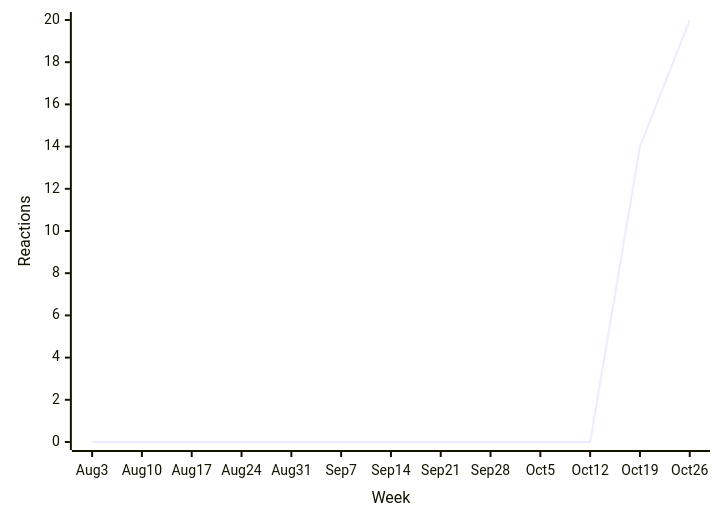
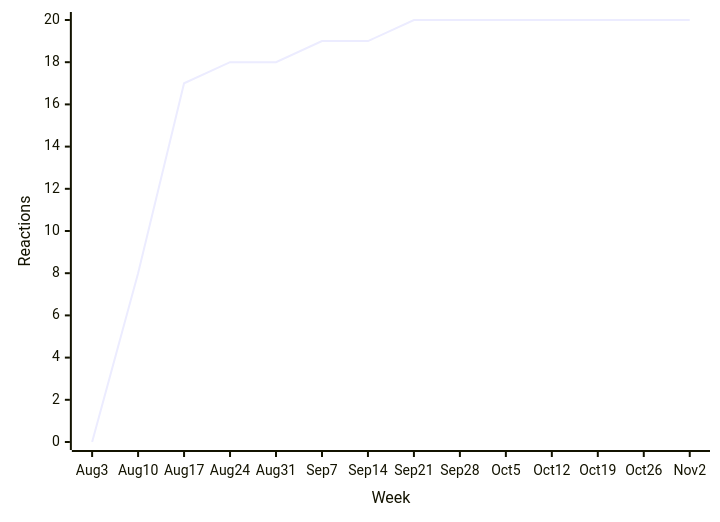
One commit to loic-sharma/github-insights changed the seventh of 38 diagrams in README.md. Above: the diagram before and after it, drawn with Mermaid. The commit also changed other lines of this file and 3 other files, not shown here.

````diff
--- a/README.md
+++ b/README.md
@@ -426,6 +426,6 @@
   ```mermaid
   xychart-beta
-    x-axis "Week" [Aug 3, Aug 10, Aug 17, Aug 24, Aug 31, Sep 7, Sep 14, Sep 21, Sep 28, Oct 5, Oct 12, Oct 19, Oct 26]
+    x-axis "Week" [Aug 3, Aug 10, Aug 17, Aug 24, Aug 31, Sep 7, Sep 14, Sep 21, Sep 28, Oct 5, Oct 12, Oct 19, Oct 26, Nov 2]
     y-axis "Reactions" 0 --> 20
-    line [0, 0, 0, 0, 0, 0, 0, 0, 0, 0, 0, 14, 20]
+    line [0, 8, 17, 18, 18, 19, 19, 20, 20, 20, 20, 20, 20, 20]
   ```
````
